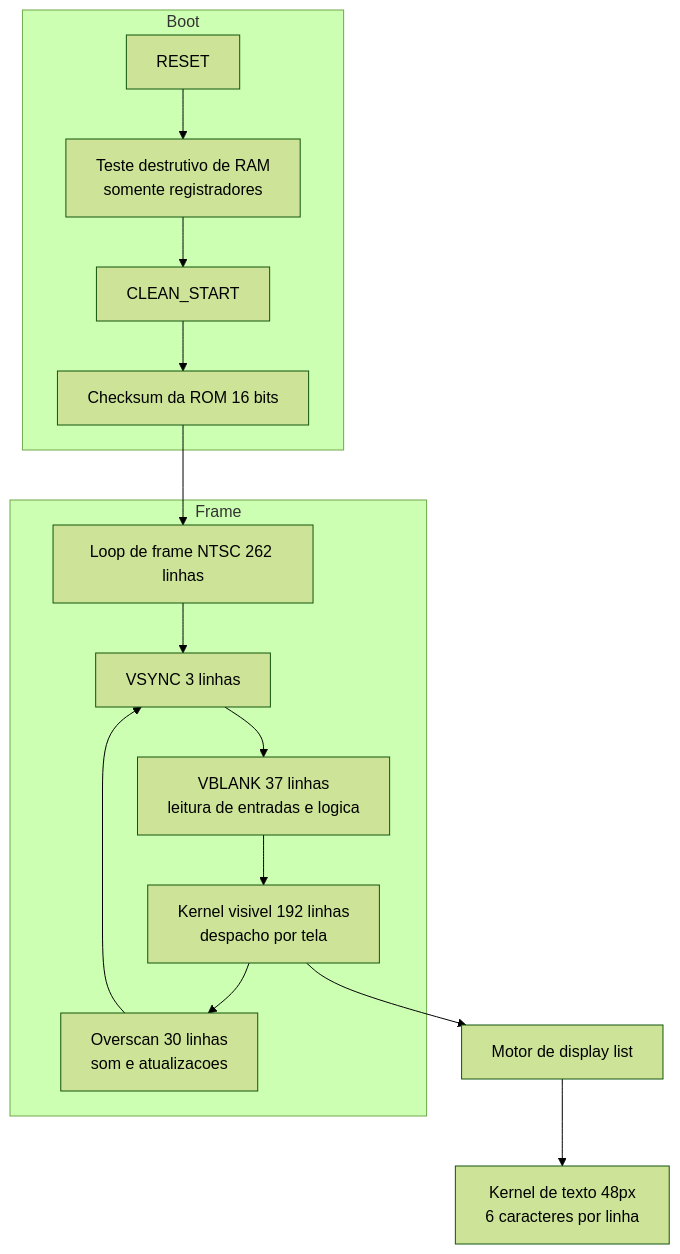
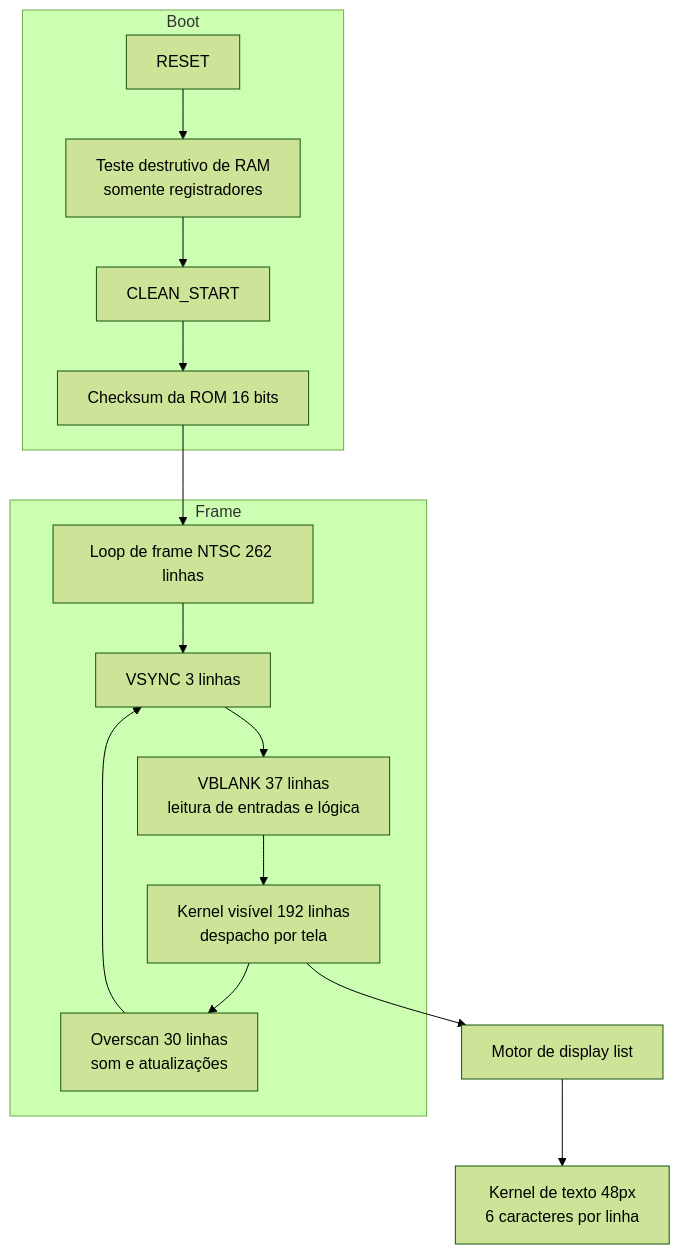
One commit to giacomeli/atariTestCartridge changed the diagram in README.md. Above: the diagram before and after it, drawn with Mermaid (forest theme). The commit also changed other lines of this file, not shown here.

````diff
--- a/README.md
+++ b/README.md
@@ -233,18 +234,18 @@
 ```mermaid
 flowchart TD
     subgraph Boot
         A[RESET] --> B[Teste destrutivo de RAM<br>somente registradores]
         B --> C[CLEAN_START]
         C --> D[Checksum da ROM 16 bits]
     end
     D --> E[Loop de frame NTSC 262 linhas]
     subgraph Frame
         E --> F[VSYNC 3 linhas]
-        F --> G[VBLANK 37 linhas<br>leitura de entradas e logica]
-        G --> H[Kernel visivel 192 linhas<br>despacho por tela]
-        H --> I[Overscan 30 linhas<br>som e atualizacoes]
+        F --> G[VBLANK 37 linhas<br>leitura de entradas e lógica]
+        G --> H[Kernel visível 192 linhas<br>despacho por tela]
+        H --> I[Overscan 30 linhas<br>som e atualizações]
         I --> F
     end
     H --> J[Motor de display list]
     J --> K[Kernel de texto 48px<br>6 caracteres por linha]
 ```
````
